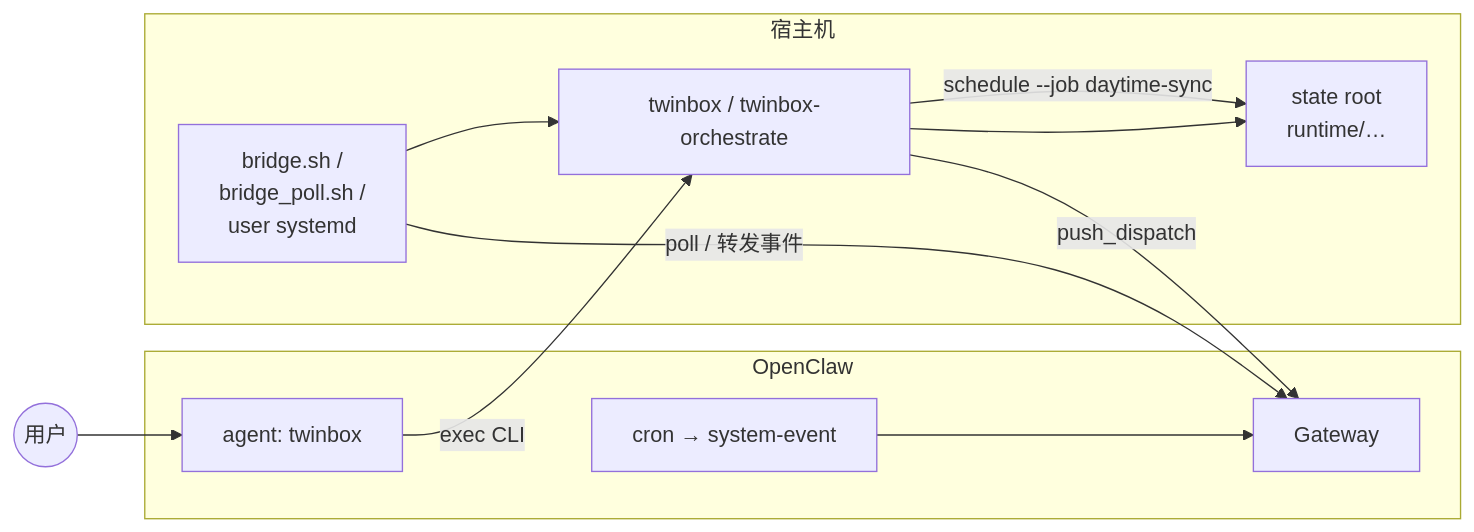
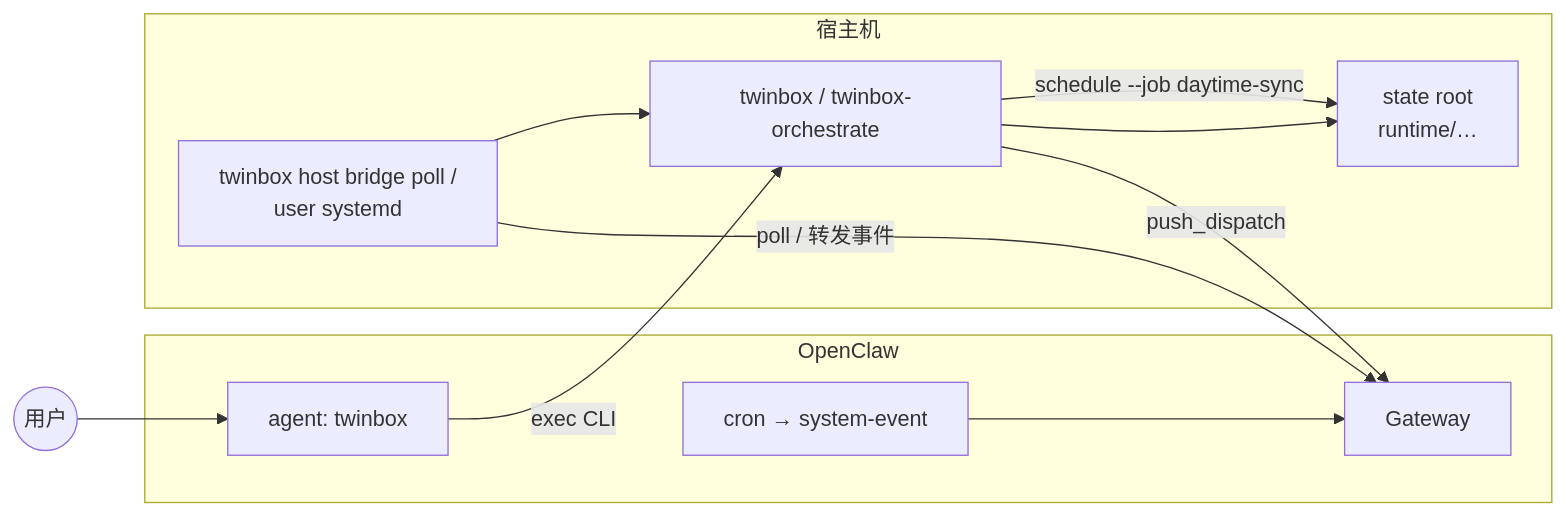
Before and after one commit to caapapx/email-bot: the diagram in docs/ref/openclaw-deploy-model.md, drawn with Mermaid. The commit also changed other lines of this file and 6 other files, not shown here.

````diff
--- a/docs/ref/openclaw-deploy-model.md
+++ b/docs/ref/openclaw-deploy-model.md
@@ -32,21 +32,21 @@
 ```mermaid
 flowchart LR
   subgraph oc["OpenClaw"]
     GW["Gateway"]
     AG["agent: twinbox"]
     CRON["cron → system-event"]
   end
   subgraph host["宿主机"]
     CLI["twinbox / twinbox-orchestrate"]
     SR["state root\nruntime/…"]
-    BR["bridge.sh /\nbridge_poll.sh /\nuser systemd"]
+    BR["twinbox host bridge poll /\nuser systemd"]
   end
   U((用户)) --> AG
   AG -->|"exec CLI"| CLI
   CLI --> SR
   CRON --> GW
   BR -->|"poll / 转发事件"| GW
   BR --> CLI
   CLI -->|"schedule --job daytime-sync"| SR
   CLI -->|"push_dispatch"| GW
 ```
````
